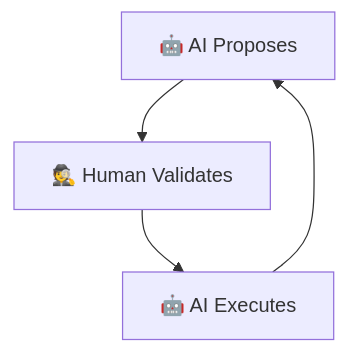
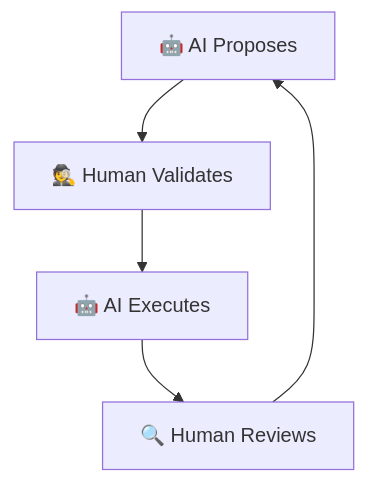
One commit to TheBushidoCollective/han changed the first of 12 diagrams in website/content/papers/ai-dlc-2026.md. Above: the diagram before and after it, drawn with Mermaid.

Commit message:
fix(website): add human review step to HITL diagram
- Add "🔍 Human Reviews" step after AI Executes
- Correctly shows human validation at BOTH points: after proposal AND after execution
- Matches the detailed Supervised Bolt pattern where humans validate each major step

````diff
--- a/website/content/papers/ai-dlc-2026.md
+++ b/website/content/papers/ai-dlc-2026.md
@@ -115,6 +115,7 @@
 ```mermaid
 flowchart TB
     A1["🤖 AI Proposes"] --> A2["🕵️ Human Validates"]
     A2 --> A3["🤖 AI Executes"]
-    A3 --> A1
+    A3 --> A4["🔍 Human Reviews"]
+    A4 --> A1
 ```
````
